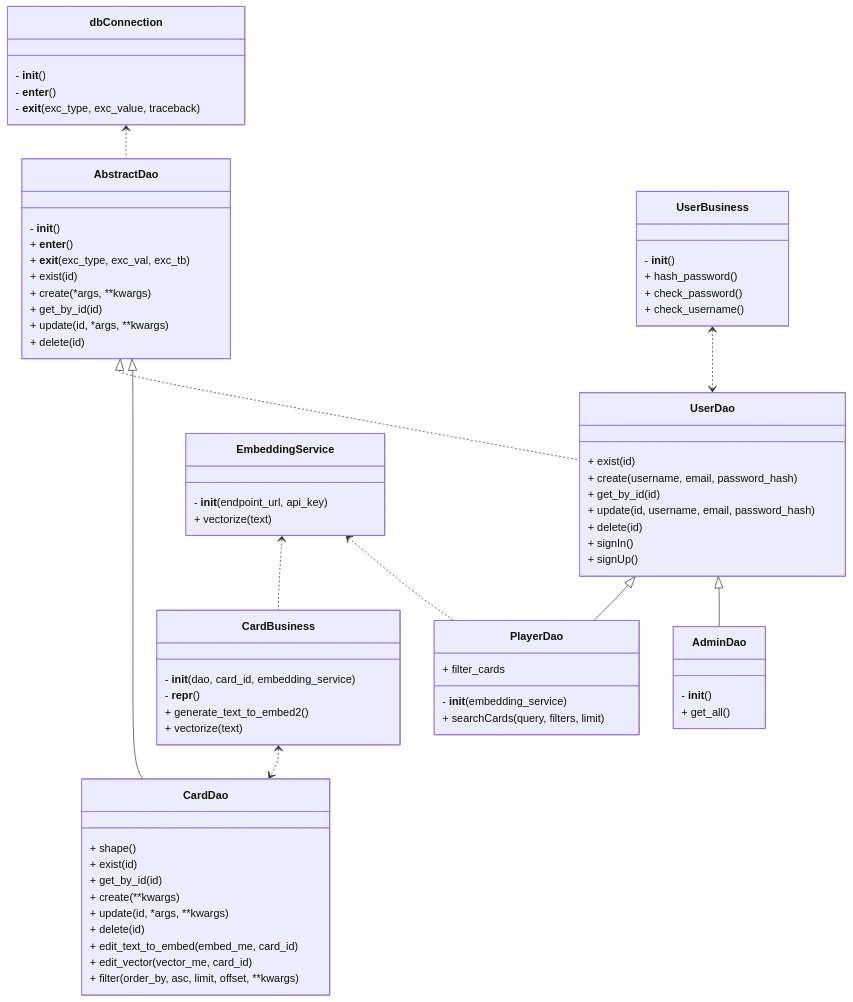
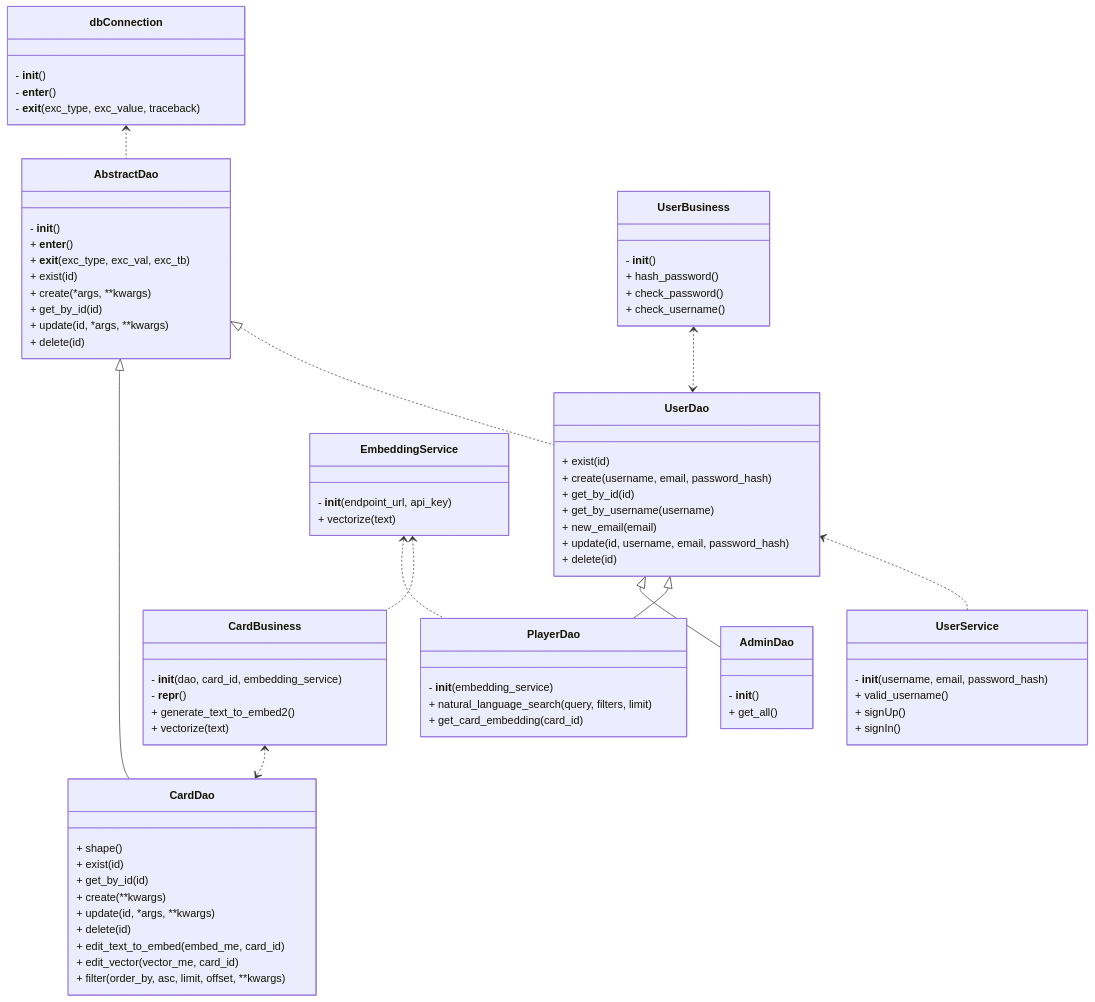
The diagram in doc/diagrams/class_diagram.md (projet-info-2A-ensai-grp4/MagicSearch-2A), drawn with Mermaid before and after one commit. The commit also changed 1 other file, not shown here.

Commit message:
class diagram

````diff
--- a/doc/diagrams/class_diagram.md
+++ b/doc/diagrams/class_diagram.md
@@ -16,16 +16,16 @@
         + exist(id)
         + create(username, email, password_hash)
         + get_by_id(id)
+        + get_by_username(username)
+        + new_email(email)
         + update(id, username, email, password_hash)
         + delete(id)
-        + signIn()
-        + signUp()
     }
 
     class PlayerDao{
         - __init__(embedding_service)
-        + filter_cards
-        + searchCards(query, filters, limit)
+        + natural_language_search(query, filters, limit)
+        + get_card_embedding(card_id)
     }
 
     class AdminDao{
@@ -67,6 +67,13 @@
         + vectorize(text)
     }
 
+    class UserService{
+        - __init__(username, email, password_hash)
+        + valid_username()
+        + signUp()
+        + signIn()
+    }
+
 
 %% === Utils Layer ===
     class dbConnection{
@@ -84,4 +91,5 @@
 dbConnection <.. AbstractDao
 AbstractDao <|.. UserDao
 UserBusiness <..> UserDao
+UserDao <.. UserService
 ```
````
